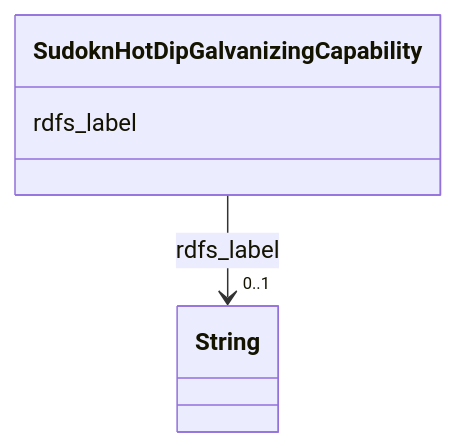
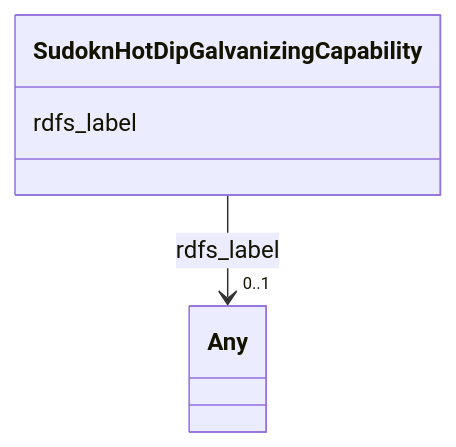
One commit to frink-okn/graph-descriptions changed the diagram in sudokn-kg/classes/SudoknHotDipGalvanizingCapability.md. Above: the diagram before and after it, drawn with Mermaid. The commit also changed other lines of this file and 903 other files, not shown here.

````diff
--- a/sudokn-kg/classes/SudoknHotDipGalvanizingCapability.md
+++ b/sudokn-kg/classes/SudoknHotDipGalvanizingCapability.md
@@ -23,15 +18,15 @@
 ```mermaid
  classDiagram
     class SudoknHotDipGalvanizingCapability
     click SudoknHotDipGalvanizingCapability href "../SudoknHotDipGalvanizingCapability"
       SudoknHotDipGalvanizingCapability : rdfs_label
         
           
     
     
-    SudoknHotDipGalvanizingCapability --> "0..1" String : rdfs_label
-    click String href "../String"
+    SudoknHotDipGalvanizingCapability --> "0..1" Any : rdfs_label
+    click Any href "../Any"
 
         
       
 ```
````
